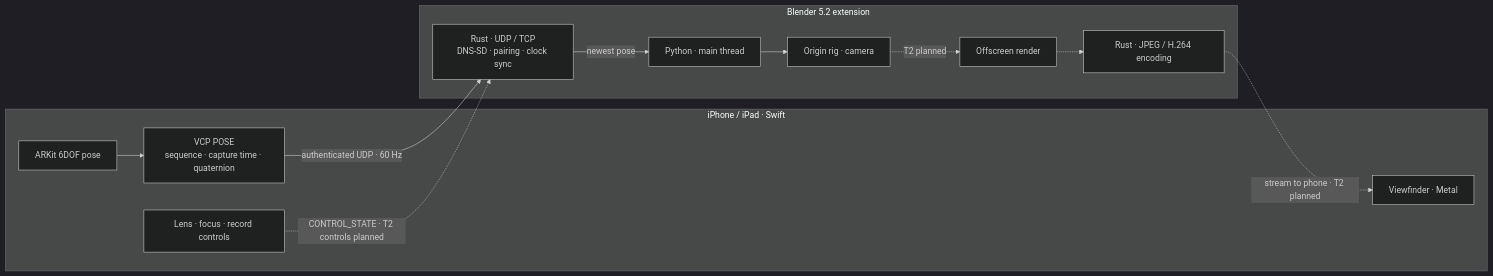
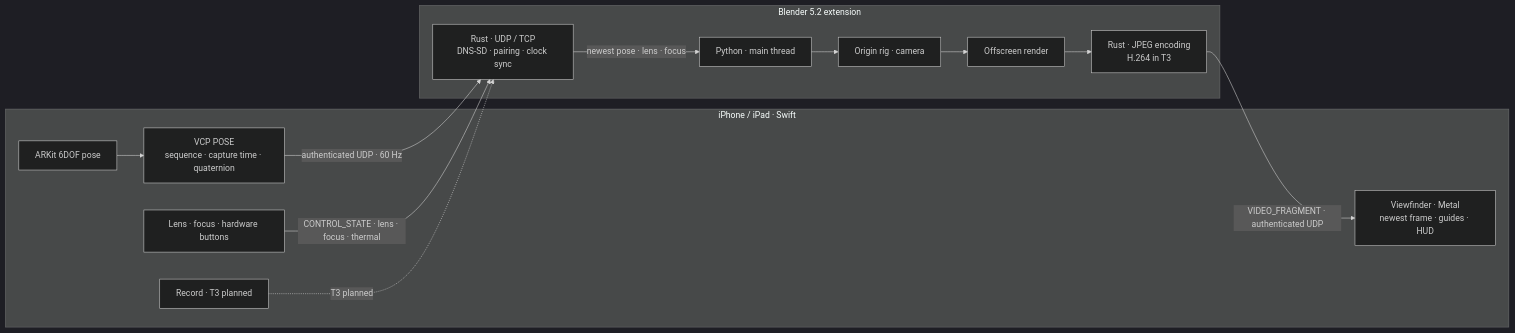
Before and after one commit to 0xkr4t0s/Sightline: the diagram in README.md, drawn with Mermaid (dark theme). The commit also changed other lines of this file and 1 other file, not shown here.

````diff
--- a/README.md
+++ b/README.md
@@ -27,18 +28,20 @@
 ```mermaid
 flowchart LR
     subgraph Phone["iPhone / iPad · Swift"]
         AR[ARKit 6DOF pose] --> ENC[VCP POSE<br/>sequence · capture time · quaternion]
-        VF[Viewfinder · Metal]
-        UI[Lens · focus · record controls]
+        VF[Viewfinder · Metal<br/>newest frame · guides · HUD]
+        UI[Lens · focus · hardware buttons]
+        REC[Record · T3 planned]
     end
     subgraph Host["Blender 5.2 extension"]
         NET[Rust · UDP / TCP<br/>DNS-SD · pairing · clock sync]
         PY[Python · main thread] --> CAM[Origin rig · camera]
-        CAM -. "T2 planned" .-> RND[Offscreen render]
-        RND -.-> VID[Rust · JPEG / H.264 encoding]
+        CAM --> RND[Offscreen render]
+        RND --> VID[Rust · JPEG encoding<br/>H.264 in T3]
     end
     ENC -- "authenticated UDP · 60 Hz" --> NET
-    NET -- newest pose --> PY
-    UI -. "CONTROL_STATE · T2 controls planned" .-> NET
-    VID -. "stream to phone · T2 planned" .-> VF
+    NET -- "newest pose · lens · focus" --> PY
+    UI -- "CONTROL_STATE · lens · focus · thermal" --> NET
+    REC -. "T3 planned" .-> NET
+    VID -- "VIDEO_FRAGMENT · authenticated UDP" --> VF
 ```
````
